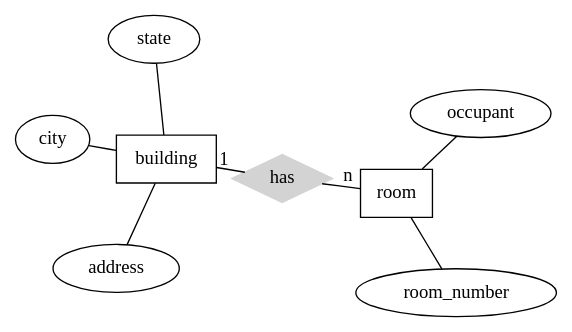
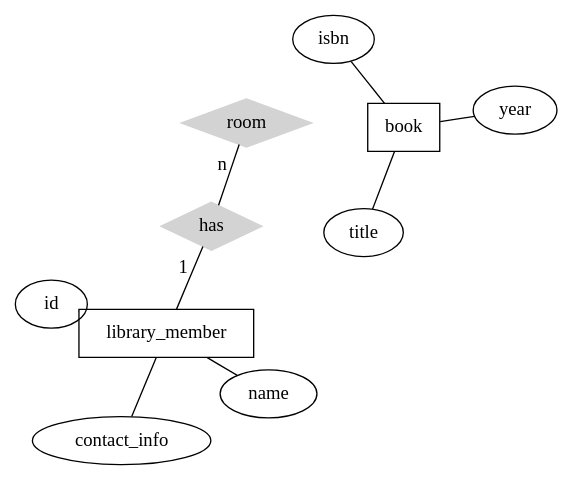
The first of 2 diagrams in hw2/README.qmd (cmsc-vcu/cmsc508-fa2023-hw2-camslam13), drawn with Graphviz before and after one commit. The commit also changed other lines of this file and 3 other files, not shown here.

````diff
--- a/hw2/README.qmd
+++ b/hw2/README.qmd
@@ -21,19 +21,20 @@
 ```{dot}
 //| echo: false
 graph ER {
     layout=neato;
   scale=1.1;
-    node [shape=box]; building; room;
-    node [shape=ellipse]; address, city, state, occupant, room_number
+    node [shape=box]; book; library_member;
+    node [shape=ellipse]; name, contact_info, id, year, title, isbn
     node [shape=diamond,style=filled,color=lightgrey]; has
     
-    building -- has [label="1",len=1.00]
+    library_member -- has [label="1",len=1.00]
     has -- room [label="n",len=1.00]
     
-    building -- address
-    building -- city
-    building -- state
-  room -- room_number
-    room -- occupant
+    library_member -- id
+    library_member -- name
+    library_member -- contact_info
+    book -- year
+    book -- title
+    book -- isbn
 }
 ```
````
